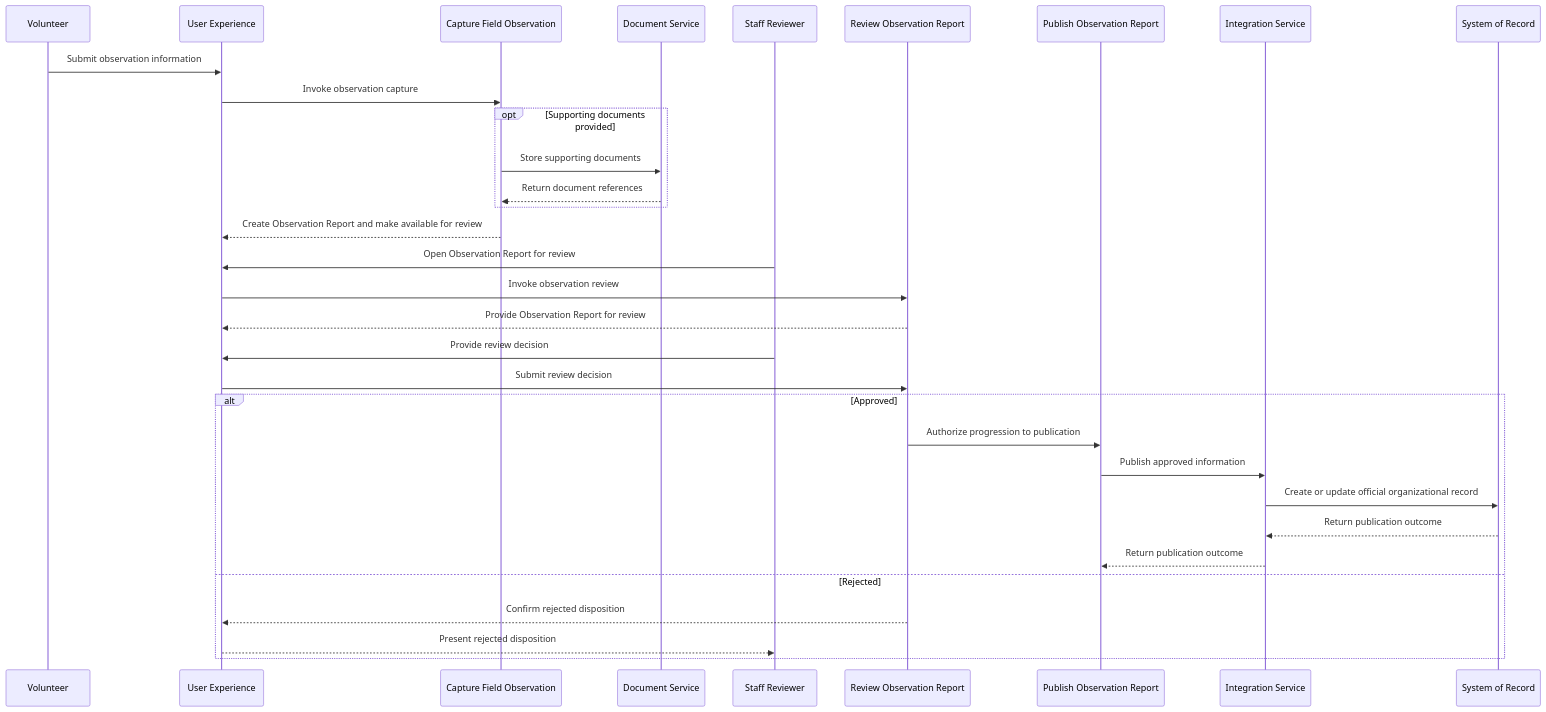
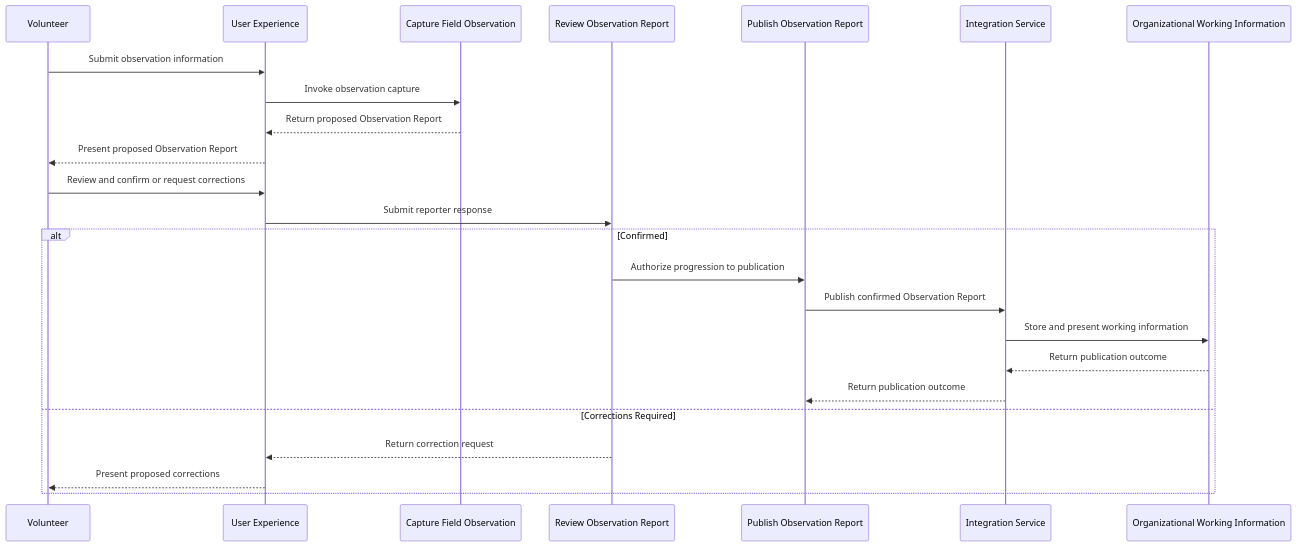
Before and after one commit to LordHaplo01/juliets-house-animal-rescue-architecture: the diagram in diagrams/observation/05-observation-sequence.md, drawn with Mermaid. The commit also changed other lines of this file and 18 other files, not shown here.

Commit message:
docs: reconcile observation model for MVP 2 document service

````diff
--- a/diagrams/observation/05-observation-sequence.md
+++ b/diagrams/observation/05-observation-sequence.md
@@ -20,40 +20,31 @@
 ```mermaid
 sequenceDiagram
 
     participant Volunteer
     participant UserExperience as User Experience
     participant Capture as Capture Field Observation
-    participant DocumentService as Document Service
-    participant StaffReviewer as Staff Reviewer
     participant Review as Review Observation Report
     participant Publish as Publish Observation Report
     participant IntegrationService as Integration Service
-    participant SystemOfRecord as System of Record
+    participant WorkingInformation as Organizational Working Information
 
     Volunteer->>UserExperience: Submit observation information
     UserExperience->>Capture: Invoke observation capture
 
-    opt Supporting documents provided
-        Capture->>DocumentService: Store supporting documents
-        DocumentService-->>Capture: Return document references
-    end
+    Capture-->>UserExperience: Return proposed Observation Report
 
-    Capture-->>UserExperience: Create Observation Report and make available for review
+    UserExperience-->>Volunteer: Present proposed Observation Report
+    Volunteer->>UserExperience: Review and confirm or request corrections
+    UserExperience->>Review: Submit reporter response
 
-    StaffReviewer->>UserExperience: Open Observation Report for review
-    UserExperience->>Review: Invoke observation review
-    Review-->>UserExperience: Provide Observation Report for review
-    StaffReviewer->>UserExperience: Provide review decision
-    UserExperience->>Review: Submit review decision
-
-    alt Approved
+    alt Confirmed
         Review->>Publish: Authorize progression to publication
-        Publish->>IntegrationService: Publish approved information
-        IntegrationService->>SystemOfRecord: Create or update official organizational record
-        SystemOfRecord-->>IntegrationService: Return publication outcome
+        Publish->>IntegrationService: Publish confirmed Observation Report
+        IntegrationService->>WorkingInformation: Store and present working information
+        WorkingInformation-->>IntegrationService: Return publication outcome
         IntegrationService-->>Publish: Return publication outcome
-    else Rejected
-        Review-->>UserExperience: Confirm rejected disposition
-        UserExperience-->>StaffReviewer: Present rejected disposition
+    else Corrections Required
+        Review-->>UserExperience: Return correction request
+        UserExperience-->>Volunteer: Present proposed corrections
     end
 ```
````
